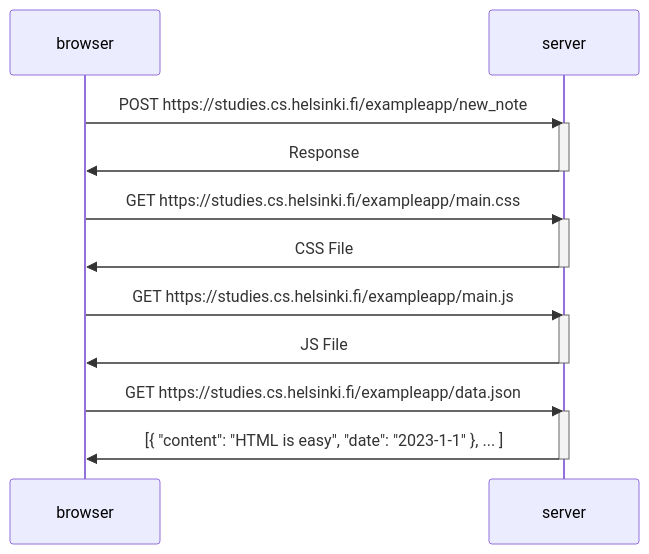
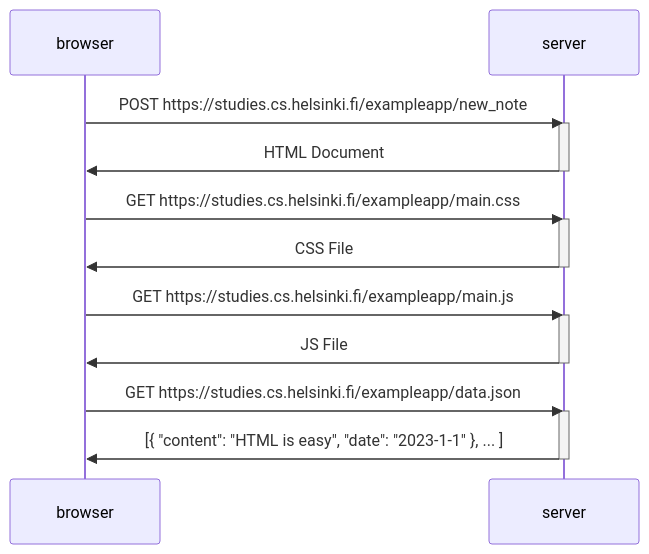
The diagram in part0/0.4/mermaid.md (shindo-sorato/fs-helsinki), drawn with Mermaid before and after one commit.

````diff
--- a/part0/0.4/mermaid.md
+++ b/part0/0.4/mermaid.md
@@ -1,26 +1,26 @@
 ```mermaid
 sequenceDiagram
     participant browser
     participant server
 
     browser->>server: POST https://studies.cs.helsinki.fi/exampleapp/new_note
     activate server
-    server->>browser: Response
+    server->>browser: HTML Document
     deactivate server
 
     
     browser->>server: GET https://studies.cs.helsinki.fi/exampleapp/main.css
     activate server
     server->>browser: CSS File
     deactivate server
 
     browser->>server: GET https://studies.cs.helsinki.fi/exampleapp/main.js
     activate server
     server->>browser: JS File
     deactivate server
 
     browser->> server: GET https://studies.cs.helsinki.fi/exampleapp/data.json
     activate server
     server->>browser: [{ "content": "HTML is easy", "date": "2023-1-1" }, ... ]
     deactivate server
 ```
````
